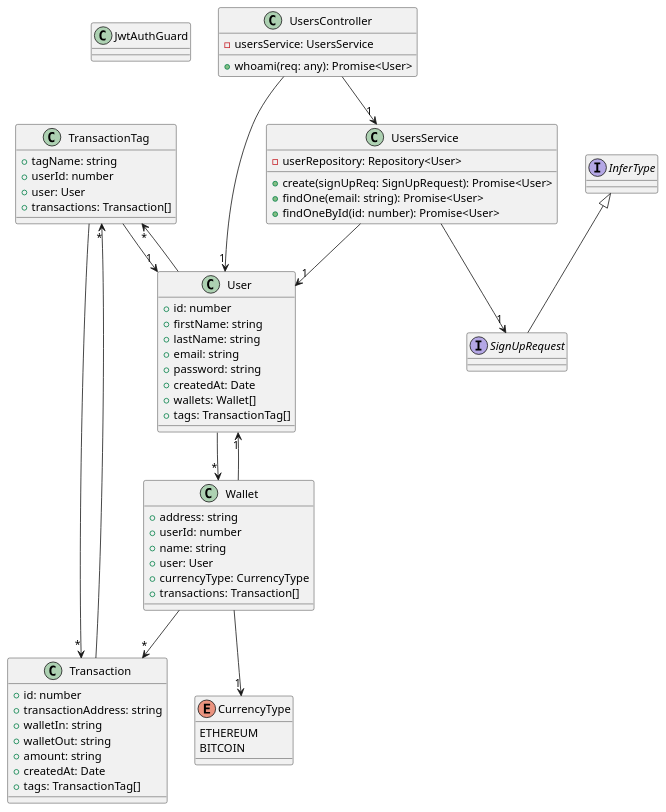
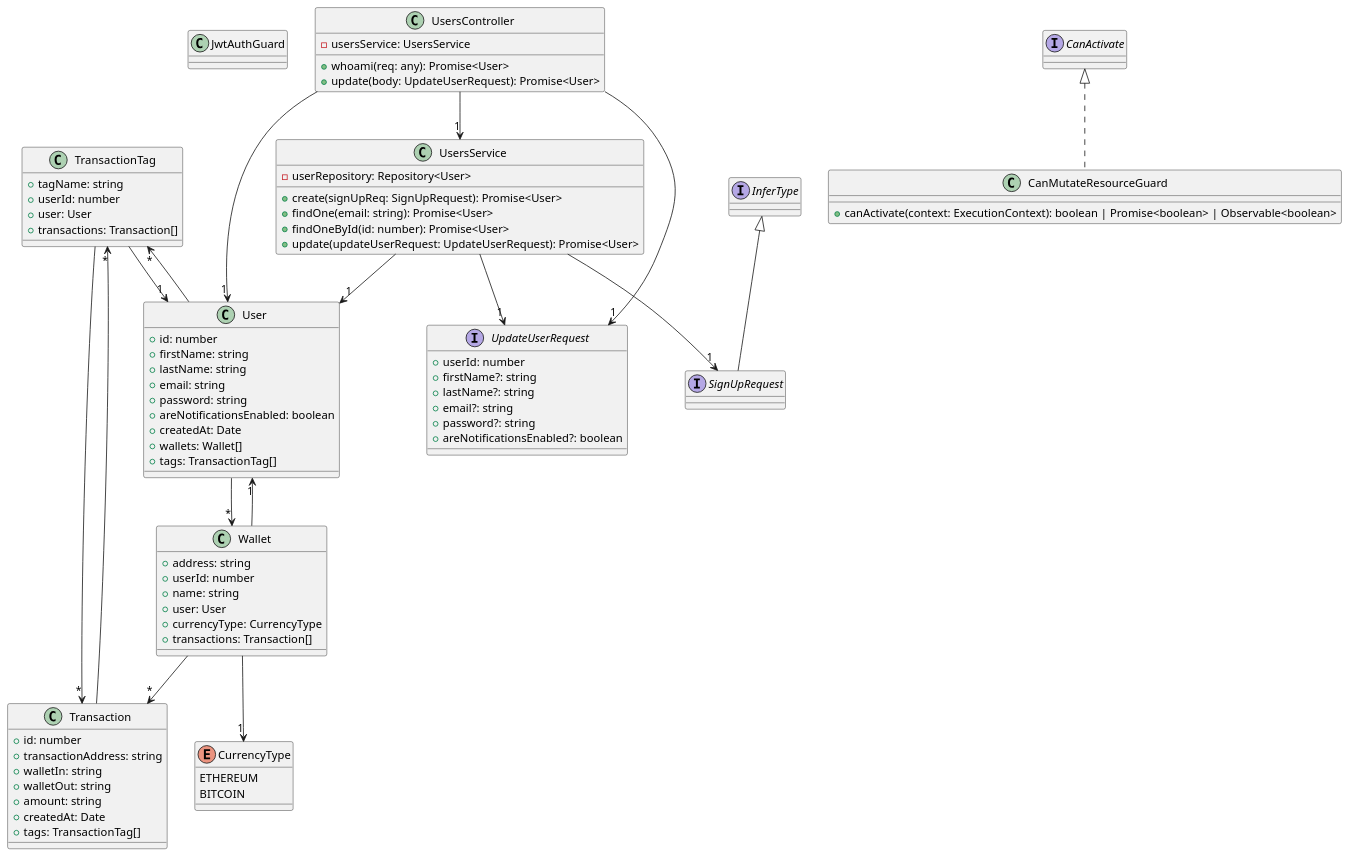
One commit to SOEN-490-Capstone/Cryptify changed the diagram in packages/docs/diagrams/class_diagram_api_users.puml. Above: the diagram before and after it, drawn with PlantUML. The commit also changed 17 other files, not shown here.

Commit message:
Update all class diagrams to current code

```diff
--- a/packages/docs/diagrams/class_diagram_api_users.puml
+++ b/packages/docs/diagrams/class_diagram_api_users.puml
@@ -1,63 +1,79 @@
 @startuml
 class JwtAuthGuard
 class TransactionTag {
     +tagName: string
     +userId: number
     +user: User
     +transactions: Transaction[]
 }
 class Transaction {
     +id: number
     +transactionAddress: string
     +walletIn: string
     +walletOut: string
     +amount: string
     +createdAt: Date
     +tags: TransactionTag[]
 }
 enum CurrencyType {
     ETHEREUM
     BITCOIN
 }
 class Wallet {
     +address: string
     +userId: number
     +name: string
     +user: User
     +currencyType: CurrencyType
     +transactions: Transaction[]
 }
 class User {
     +id: number
     +firstName: string
     +lastName: string
     +email: string
     +password: string
+    +areNotificationsEnabled: boolean
     +createdAt: Date
     +wallets: Wallet[]
     +tags: TransactionTag[]
 }
 interface SignUpRequest extends InferType
+interface UpdateUserRequest {
+    +userId: number
+    +firstName?: string
+    +lastName?: string
+    +email?: string
+    +password?: string
+    +areNotificationsEnabled?: boolean
+}
 class UsersService {
     -userRepository: Repository<User>
     +create(signUpReq: SignUpRequest): Promise<User>
     +findOne(email: string): Promise<User>
     +findOneById(id: number): Promise<User>
+    +update(updateUserRequest: UpdateUserRequest): Promise<User>
+}
+class CanMutateResourceGuard implements CanActivate {
+    +canActivate(context: ExecutionContext): boolean | Promise<boolean> | Observable<boolean>
 }
 class UsersController {
     -usersService: UsersService
     +whoami(req: any): Promise<User>
+    +update(body: UpdateUserRequest): Promise<User>
 }
 TransactionTag --> "1" User
 TransactionTag --> "*" Transaction
 Transaction --> "*" TransactionTag
 Wallet --> "1" User
 Wallet --> "1" CurrencyType
 Wallet --> "*" Transaction
 User --> "*" Wallet
 User --> "*" TransactionTag
 UsersService --> "1" User
 UsersService --> "1" SignUpRequest
+UsersService --> "1" UpdateUserRequest
 UsersController --> "1" UsersService
 UsersController --> "1" User
+UsersController --> "1" UpdateUserRequest
 @enduml
```
